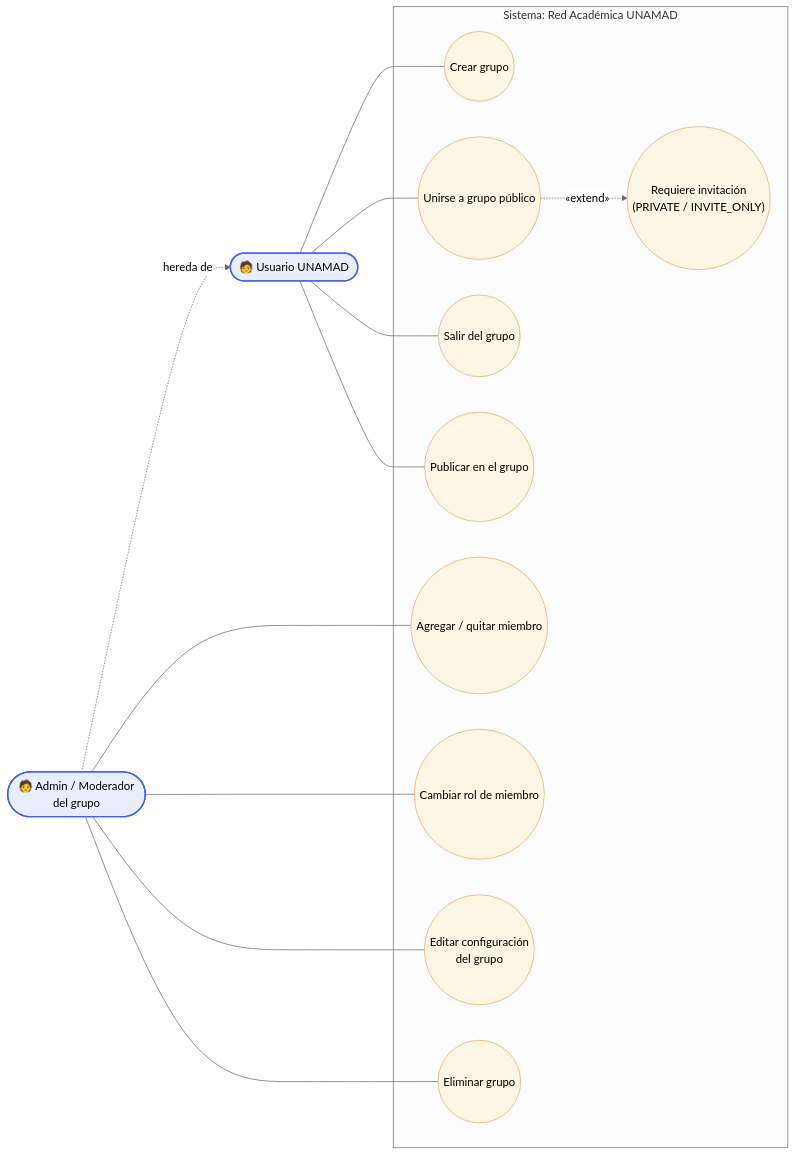
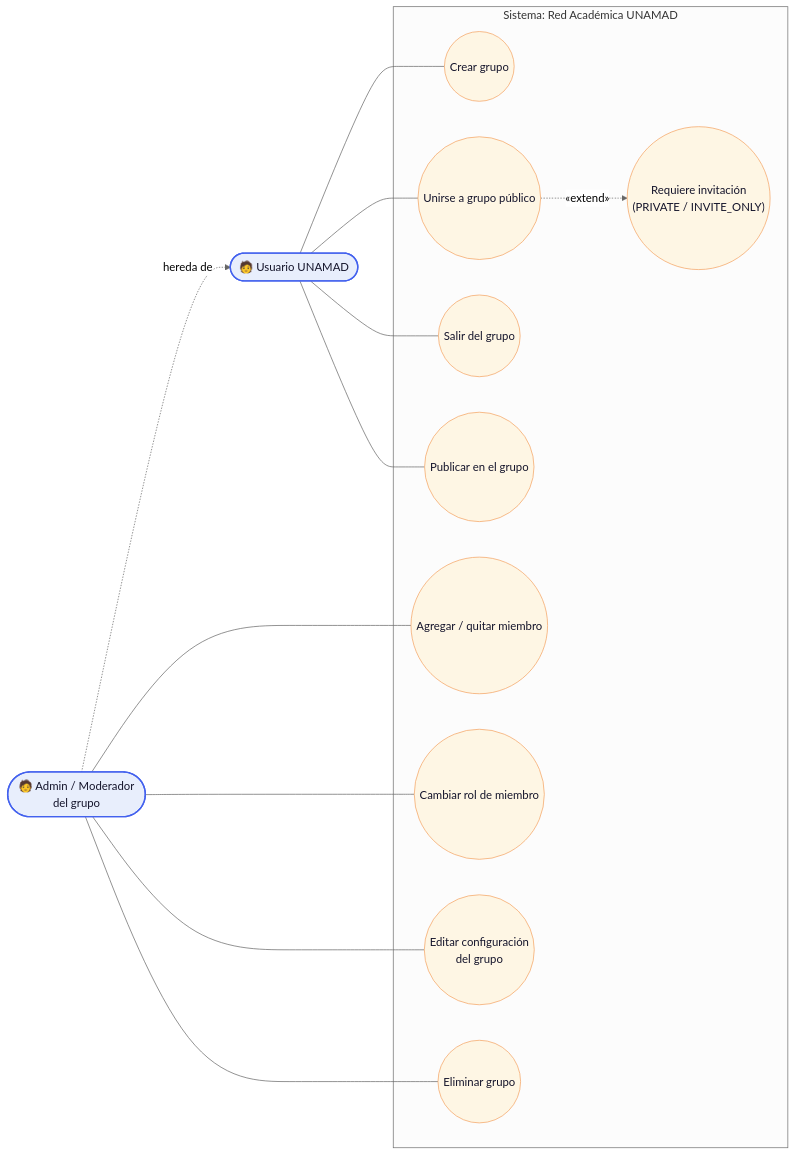
Before and after one commit to Jose27luis/red-social: the fourth of 22 diagrams in README.md, drawn with Mermaid (neutral theme). The commit also changed other lines of this file, not shown here.

First line of the commit message:
fix: corrige diagramas Mermaid del README (parseo, contraste y ER)

````diff
--- a/README.md
+++ b/README.md
@@ -165,33 +165,33 @@
 ```mermaid
 flowchart LR
     Usuario(["🧑 Usuario UNAMAD"])
     ModGrupo(["🧑 Admin / Moderador<br/>del grupo"])
 
     subgraph Sistema4["Sistema: Red Académica UNAMAD"]
         UC4_1(("Crear grupo"))
         UC4_2(("Unirse a grupo público"))
         UC4_3(("Salir del grupo"))
         UC4_4(("Publicar en el grupo"))
         UC4_5(("Requiere invitación<br/>(PRIVATE / INVITE_ONLY)"))
         UC4_6(("Agregar / quitar miembro"))
         UC4_7(("Cambiar rol de miembro"))
         UC4_8(("Editar configuración<br/>del grupo"))
         UC4_9(("Eliminar grupo"))
     end
 
     ModGrupo -.->|hereda de| Usuario
     Usuario --- UC4_1
     Usuario --- UC4_2
     Usuario --- UC4_3
     Usuario --- UC4_4
     UC4_2 -.->|"«extend»"| UC4_5
     ModGrupo --- UC4_6
     ModGrupo --- UC4_7
     ModGrupo --- UC4_8
     ModGrupo --- UC4_9
 
-    classDef actor fill:#e8eefc,stroke:#4361ee,stroke-width:2px
-    classDef usecase fill:#fef6e4,stroke:#f4a261,stroke-width:1px
+    classDef actor fill:#e8eefc,stroke:#4361ee,stroke-width:2px,color:#14142b
+    classDef usecase fill:#fef6e4,stroke:#f4a261,stroke-width:1px,color:#14142b
     class Usuario,ModGrupo actor
     class UC4_1,UC4_2,UC4_3,UC4_4,UC4_5,UC4_6,UC4_7,UC4_8,UC4_9 usecase
 ```
````
